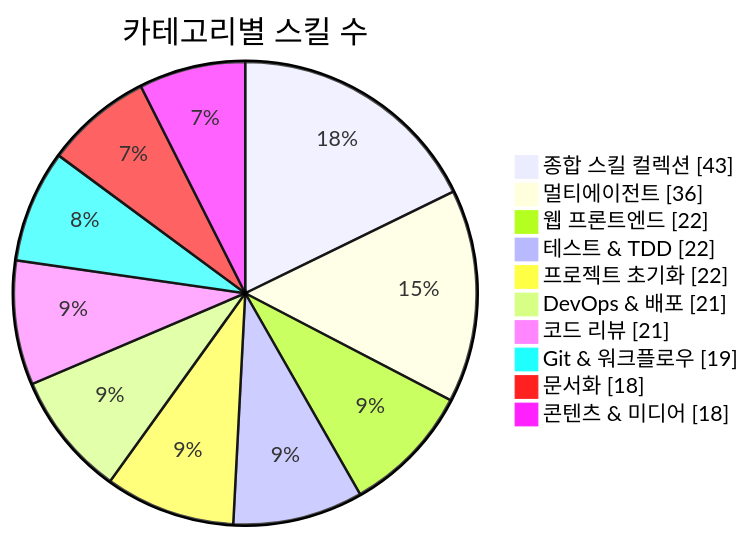
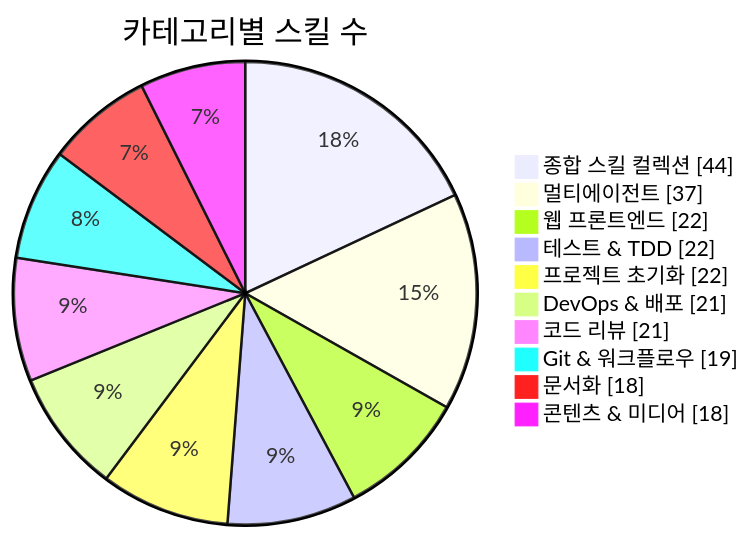
Before and after one commit to J-nowcow/awesome-korean-agent-skills: the first of 3 diagrams in README.md, drawn with Mermaid. The commit also changed other lines of this file and 5 other files, not shown here.

````diff
--- a/README.md
+++ b/README.md
@@ -176,14 +176,14 @@
 ```mermaid
 pie showData
     title 카테고리별 스킬 수
-    "종합 스킬 컬렉션" : 43
-    "멀티에이전트" : 36
+    "종합 스킬 컬렉션" : 44
+    "멀티에이전트" : 37
     "웹 프론트엔드" : 22
     "테스트 & TDD" : 22
     "프로젝트 초기화" : 22
     "DevOps & 배포" : 21
     "코드 리뷰" : 21
     "Git & 워크플로우" : 19
     "문서화" : 18
     "콘텐츠 & 미디어" : 18
 ```
````
